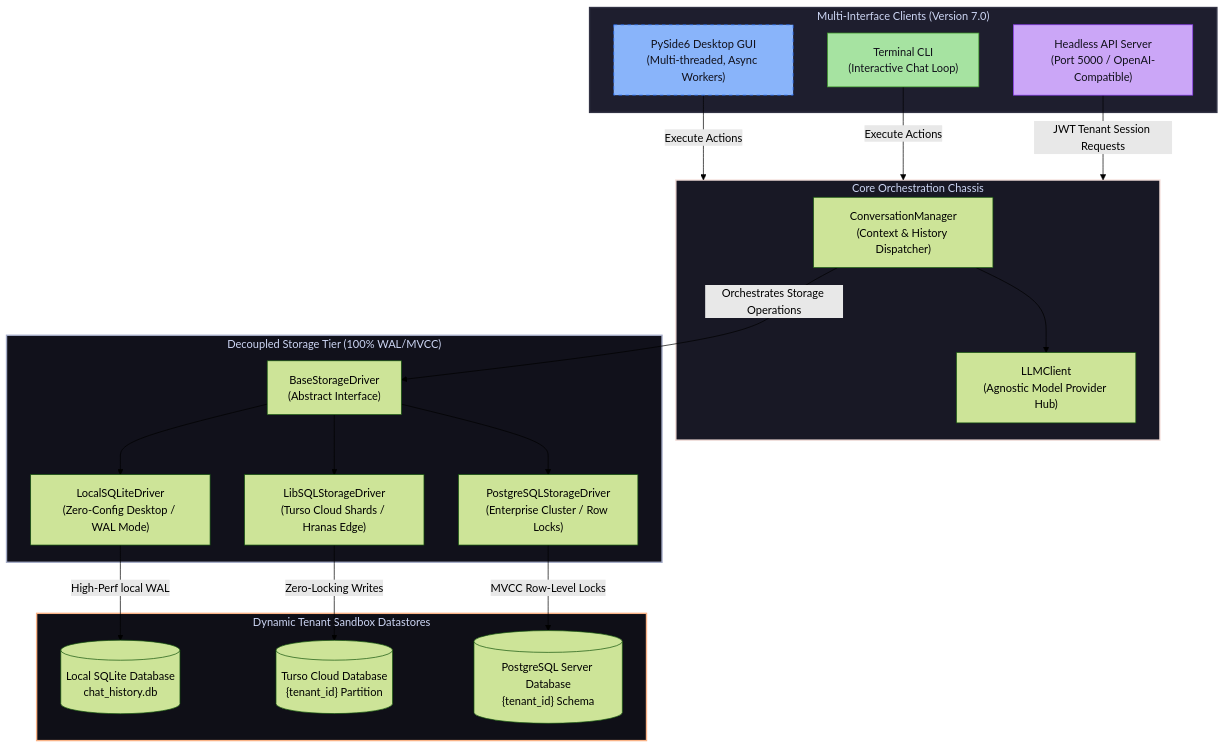
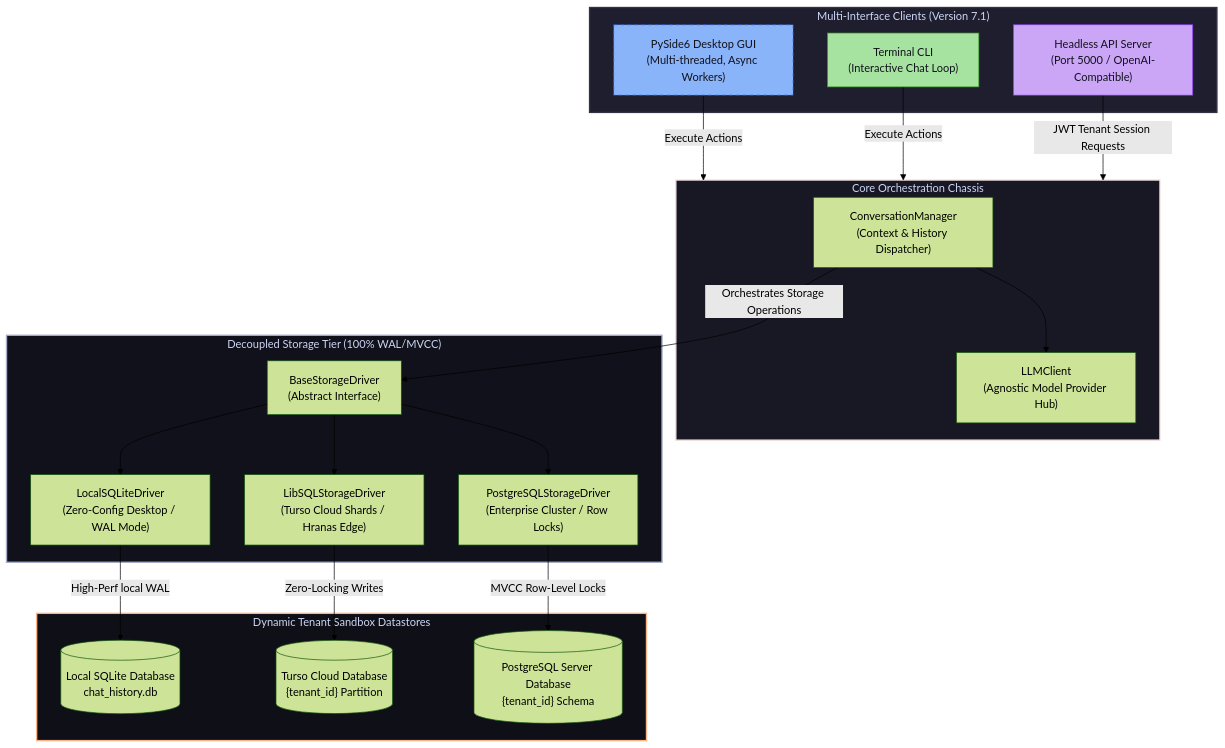
Before and after one commit to Arean82/llm_chat_app: the diagram in README.md, drawn with Mermaid (forest theme). The commit also changed other lines of this file and 43 other files, not shown here.

````diff
--- a/README.md
+++ b/README.md
@@ -265,55 +265,55 @@
 ```mermaid
 graph TD
     %% Client Layer
-    subgraph Clients ["Multi-Interface Clients (Version 7.0)"]
+    subgraph Clients ["Multi-Interface Clients (Version 7.1)"]
         GUI["PySide6 Desktop GUI<br>(Multi-threaded, Async Workers)"]
         CLI["Terminal CLI<br>(Interactive Chat Loop)"]
         Headless["Headless API Server<br>(Port 5000 / OpenAI-Compatible)"]
     end
 
     %% Core Orchestration Layer
     subgraph Core ["Core Orchestration Chassis"]
         Mgr["ConversationManager<br>(Context & History Dispatcher)"]
         Client["LLMClient<br>(Agnostic Model Provider Hub)"]
         Mgr --> Client
     end
 
     %% Storage Drivers
     subgraph Storage ["Decoupled Storage Tier (100% WAL/MVCC)"]
         DriverContract["BaseStorageDriver<br>(Abstract Interface)"]
         SQLiteDriver["LocalSQLiteDriver<br>(Zero-Config Desktop / WAL Mode)"]
         TursoDriver["LibSQLStorageDriver<br>(Turso Cloud Shards / Hranas Edge)"]
         PGDriver["PostgreSQLStorageDriver<br>(Enterprise Cluster / Row Locks)"]
       
         DriverContract --> SQLiteDriver
         DriverContract --> TursoDriver
         DriverContract --> PGDriver
     end
 
     %% Multi-Tenant Sandbox Datastores
     subgraph Datastores ["Dynamic Tenant Sandbox Datastores"]
         SQLiteDB[("Local SQLite Database<br>chat_history.db")]
         TursoDB[("Turso Cloud Database<br>{tenant_id} Partition")]
         PGDB[("PostgreSQL Server Database<br>{tenant_id} Schema")]
       
         SQLiteDriver -->|High-Perf local WAL| SQLiteDB
         TursoDriver -->|Zero-Locking Writes| TursoDB
         PGDriver -->|MVCC Row-Level Locks| PGDB
     end
 
     %% Relations
     GUI -->|Execute Actions| Core
     CLI -->|Execute Actions| Core
     Headless -->|JWT Tenant Session Requests| Core
   
     Mgr -->|Orchestrates Storage Operations| DriverContract
 
     %% Styling
     style Clients fill:#1e1e2e,stroke:#313244,stroke-width:2px,color:#cdd6f4
     style Core fill:#181825,stroke:#f5e0dc,stroke-width:2px,color:#cdd6f4
     style Storage fill:#11111b,stroke:#a6adc8,stroke-width:2px,color:#cdd6f4
     style Datastores fill:#0f0f17,stroke:#fab387,stroke-width:2px,color:#cdd6f4
     style GUI fill:#89b4fa,stroke:#1e66f5,stroke-dasharray: 5 5,color:#11111b
     style CLI fill:#a6e3a1,stroke:#40a02b,color:#11111b
     style Headless fill:#cba6f7,stroke:#8839ef,color:#11111b
 ```
````
